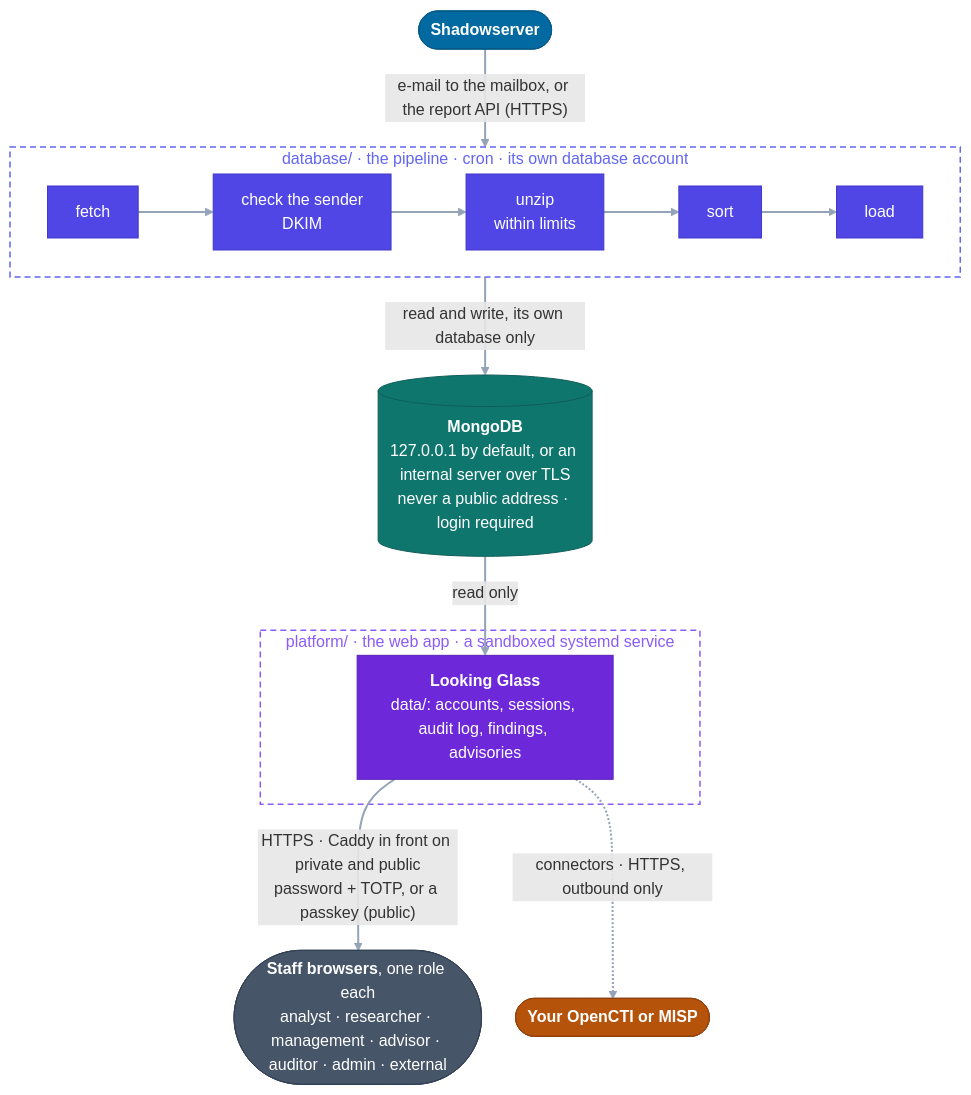
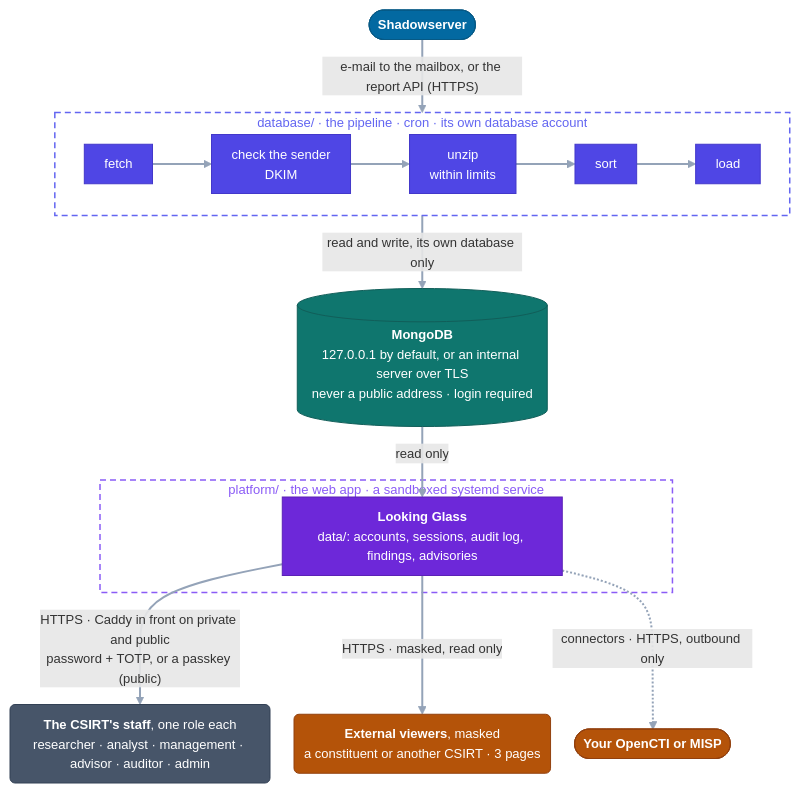
Before and after one commit to anonghosty/looking-glass: the diagram in docs/ARCHITECTURE.md, drawn with Mermaid. The commit also changed 3 other files, not shown here.

First line of the commit message:
Docs: compact diagrams, and the people as the roles are

````diff
--- a/docs/ARCHITECTURE.md
+++ b/docs/ARCHITECTURE.md
@@ -17,29 +17,31 @@
 ```mermaid
-%%{init: {"flowchart": {"curve": "basis", "nodeSpacing": 34, "rankSpacing": 50, "padding": 14}}}%%
+%%{init: {"themeVariables": {"fontSize": "13px"}, "flowchart": {"curve": "basis", "nodeSpacing": 24, "rankSpacing": 34, "padding": 10, "wrappingWidth": 240}}}%%
 flowchart TD
     SS(["<b>Shadowserver</b>"]):::src
     subgraph DB["database/ · the pipeline · cron · its own database account"]
         direction LR
         F1["fetch"]:::pipe --> F2["check the sender<br/>DKIM"]:::pipe --> F3["unzip<br/>within limits"]:::pipe --> F4["sort"]:::pipe --> F5["load"]:::pipe
     end
     M[("<b>MongoDB</b><br/>127.0.0.1 by default, or an internal server over TLS<br/>never a public address · login required")]:::db
     subgraph PF["platform/ · the web app · a sandboxed systemd service"]
         W["<b>Looking Glass</b><br/>data/: accounts, sessions, audit log, findings, advisories"]:::app
     end
-    B(["<b>Staff browsers</b>, one role each<br/>analyst · researcher · management · advisor · auditor · admin · external"]):::people
+    B("<b>The CSIRT's staff</b>, one role each<br/>researcher · analyst · management · advisor · auditor · admin"):::people
+    E("<b>External viewers</b>, masked<br/>a constituent or another CSIRT · 3 pages"):::ext
     C(["<b>Your OpenCTI or MISP</b>"]):::ext
     SS -- "e-mail to the mailbox, or the report API (HTTPS)" --> F1
     F5 -- "read and write, its own database only" --> M
     M -- "read only" --> W
     W -- "HTTPS · Caddy in front on private and public<br/>password + TOTP, or a passkey (public)" --> B
+    W -- "HTTPS · masked, read only" --> E
     W -. "connectors · HTTPS, outbound only" .-> C
     classDef src fill:#0369a1,stroke:#075985,color:#fff
     classDef pipe fill:#4f46e5,stroke:#4338ca,color:#fff
     classDef db fill:#0f766e,stroke:#115e59,color:#fff
     classDef app fill:#6d28d9,stroke:#5b21b6,color:#fff
     classDef people fill:#475569,stroke:#334155,color:#fff
     classDef ext fill:#b45309,stroke:#92400e,color:#fff
+    linkStyle default stroke:#94a3b8,stroke-width:2px
     style DB fill:transparent,stroke:#6366f1,stroke-width:1.5px,stroke-dasharray:6 4,color:#6366f1
     style PF fill:transparent,stroke:#8b5cf6,stroke-width:1.5px,stroke-dasharray:6 4,color:#8b5cf6
-    linkStyle default stroke:#94a3b8,stroke-width:2px
 ```
````
